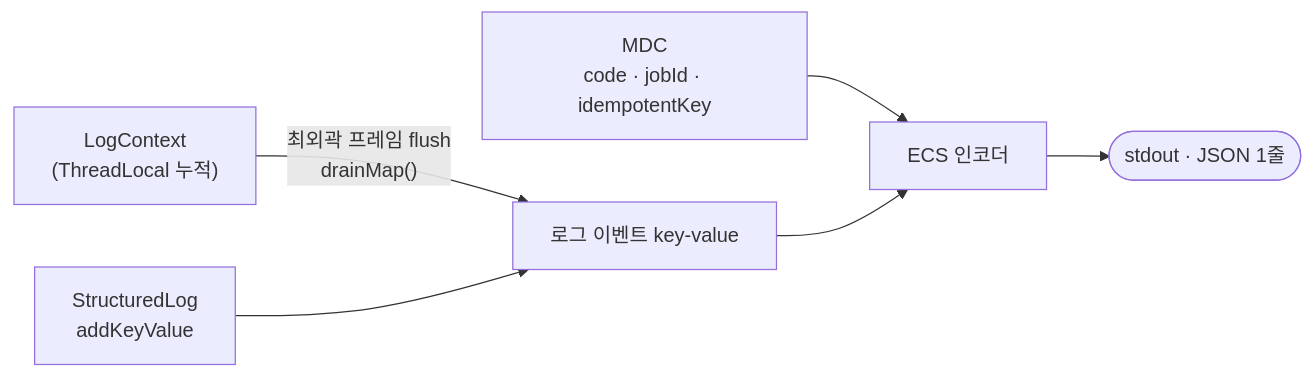
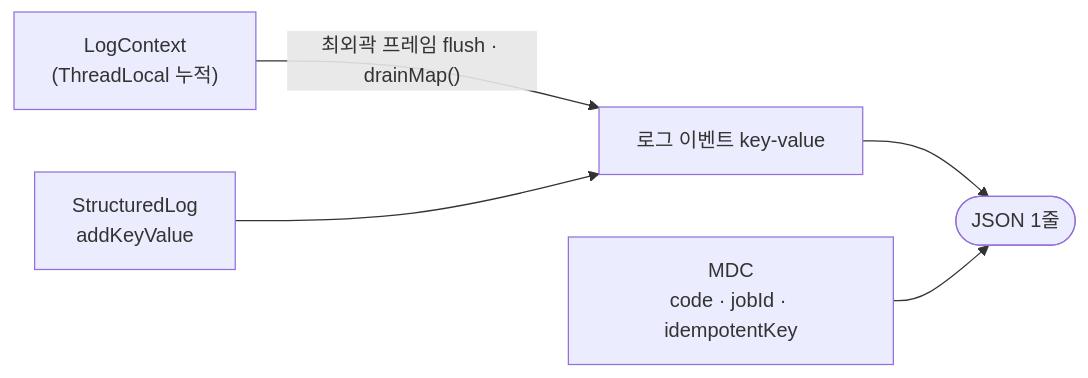
One commit to ghlee0303/dayogg changed the diagram in docs/logging.md. Above: the diagram before and after it, drawn with Mermaid. The commit also changed other lines of this file, not shown here.

````diff
--- a/docs/logging.md
+++ b/docs/logging.md
@@ -65,8 +63,7 @@
 ```mermaid
 flowchart LR
-    MDC["MDC<br/>code · jobId · idempotentKey"] --> Enc
-    LC["LogContext<br/>(ThreadLocal 누적)"] -->|"최외곽 프레임 flush<br/>drainMap()"| KV
-    SL["StructuredLog<br/>addKeyValue"] --> KV["로그 이벤트 key-value"]
-    KV --> Enc["ECS 인코더"]
-    Enc --> Out(["stdout · JSON 1줄"])
+    LC["LogContext<br/>(ThreadLocal 누적)"] -->|"최외곽 프레임 flush · drainMap()"| KV["로그 이벤트 key-value"]
+    SL["StructuredLog<br/>addKeyValue"] --> KV
+    KV --> Out(["JSON 1줄"])
+    MDC["MDC<br/>code · jobId · idempotentKey"] --> Out
 ```
````
